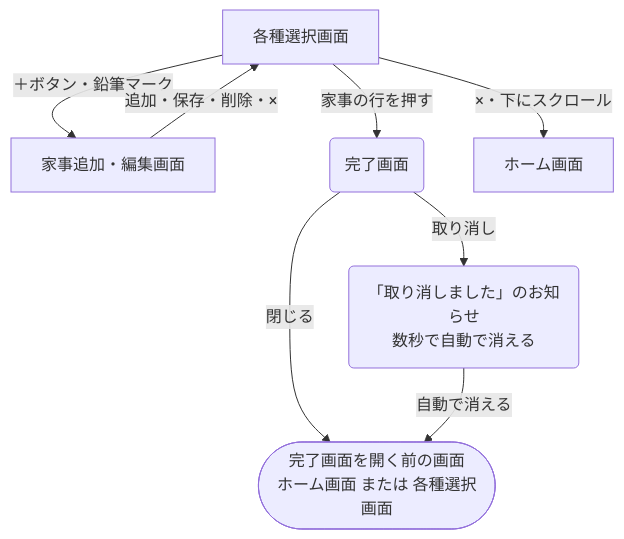
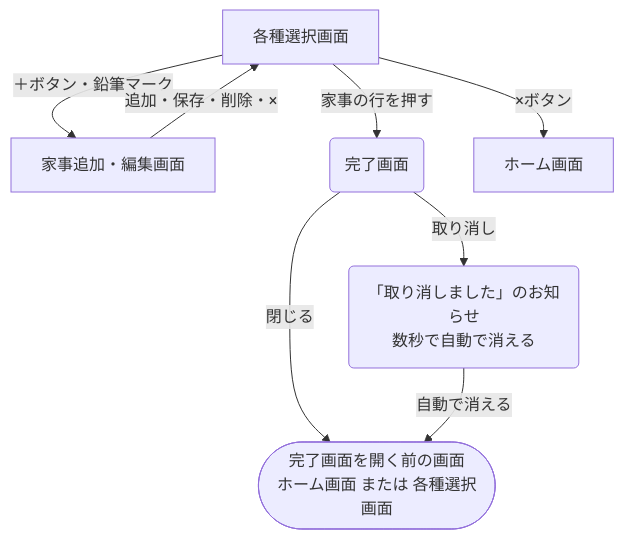
The third of 3 diagrams in docs/03_画面.md (nayuts/my-app), drawn with Mermaid before and after one commit. The commit also changed other lines of this file and 4 other files, not shown here.

````diff
--- a/docs/03_画面.md
+++ b/docs/03_画面.md
@@ -104,18 +110,18 @@
 ```mermaid
 flowchart TD
   S[各種選択画面]
   D[家事追加・編集画面]
   G(完了画面)
   U(「取り消しました」のお知らせ<br>数秒で自動で消える)
   P([完了画面を開く前の画面<br>ホーム画面 または 各種選択画面])
 
   C[ホーム画面]
 
   S -->|＋ボタン・鉛筆マーク| D
   D -->|追加・保存・削除・×| S
   S -->|家事の行を押す| G
-  S -->|×・下にスクロール| C
+  S -->|×ボタン| C
   G -->|閉じる| P
   G -->|取り消し| U
   U -->|自動で消える| P
 ```
````
